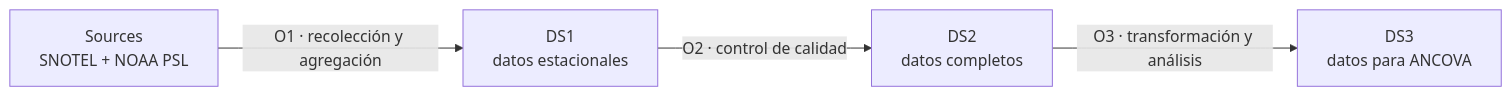
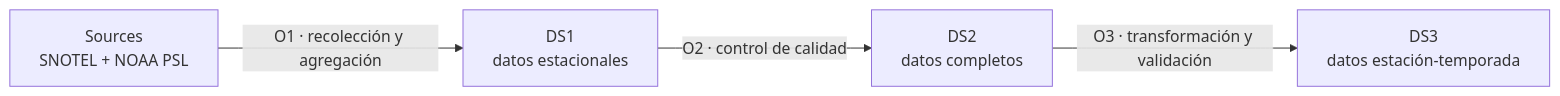
Before and after one commit to nicominguez/pnw_enso_swe: the diagram in README-ES.md, drawn with Mermaid. The commit also changed other lines of this file and 11 other files, not shown here.

````diff
--- a/README-ES.md
+++ b/README-ES.md
@@ -9,7 +9,7 @@
 ```mermaid
 flowchart LR
     S[Sources<br/>SNOTEL + NOAA PSL]
     S -->|O1 · recolección y agregación| D1[DS1<br/>datos estacionales]
     D1 -->|O2 · control de calidad| D2[DS2<br/>datos completos]
-    D2 -->|O3 · transformación y análisis| D3[DS3<br/>datos para ANCOVA]
+    D2 -->|O3 · transformación y validación| D3[DS3<br/>datos estación-temporada]
 ```
````
